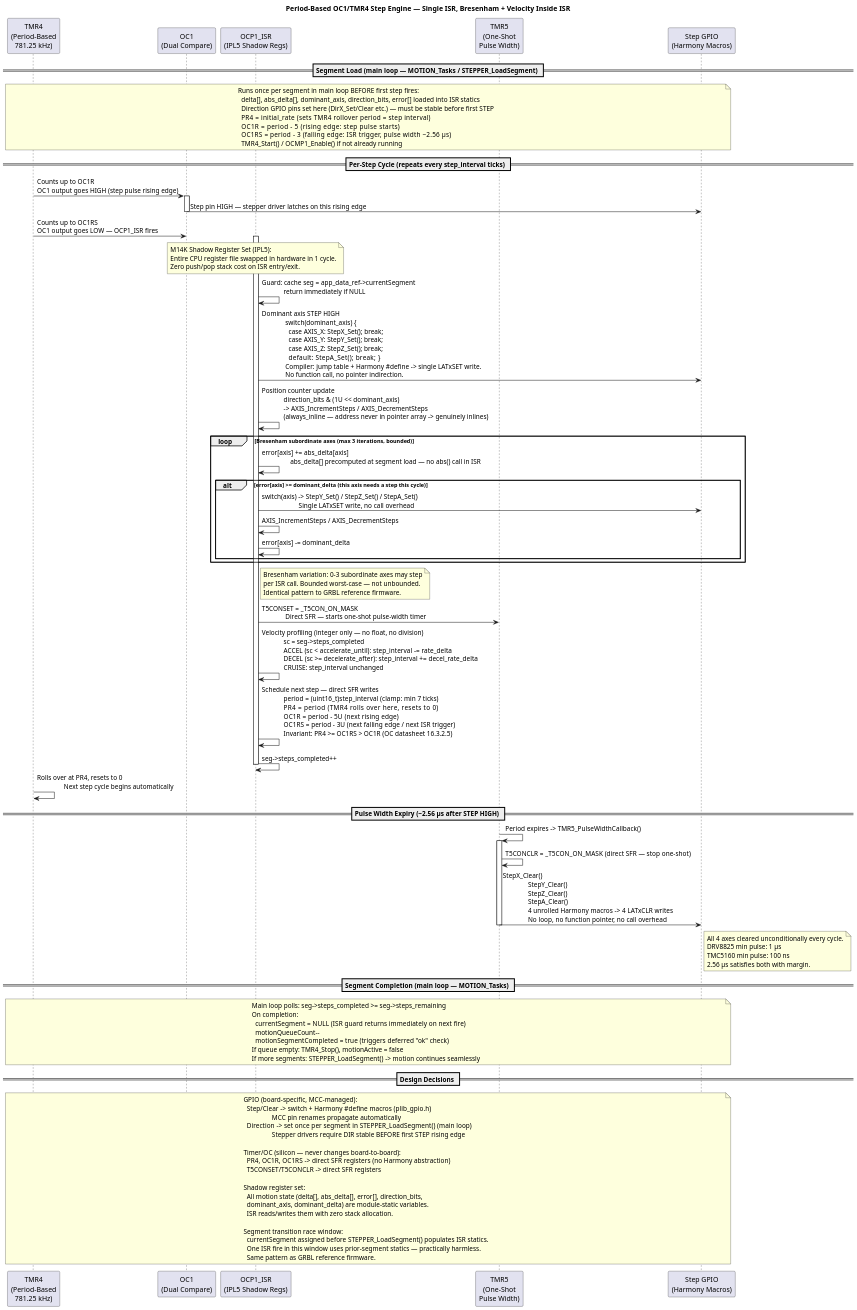
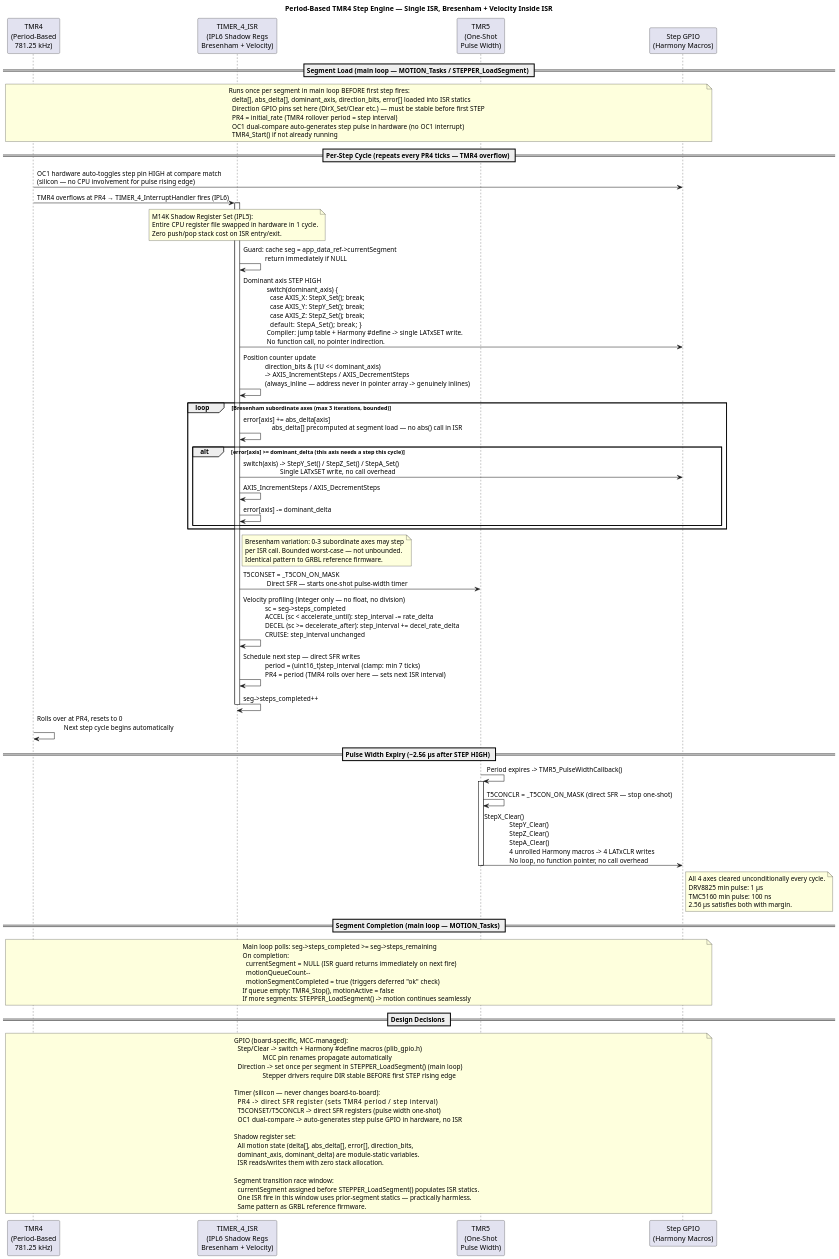
The diagram in docs/plantuml/02_segment_clock.puml (Davec6505/Pic32mzCNC_V3), drawn with PlantUML before and after one commit. The commit also changed 27 other files, not shown here.

First line of the commit message:
docs: replace all OCP1_ISR/OC1R/OC1RS refs with TIMER_4_ISR; probe INT1 ISR + MCC

```diff
--- a/docs/plantuml/02_segment_clock.puml
+++ b/docs/plantuml/02_segment_clock.puml
@@ -1,121 +1,118 @@
 @startuml
-title Period-Based OC1/TMR4 Step Engine — Single ISR, Bresenham + Velocity Inside ISR
-' Current architecture as of March 2026 (lookahead branch)
+title Period-Based TMR4 Step Engine — Single ISR, Bresenham + Velocity Inside ISR
+' Current architecture as of March 2026 (scurve_motion branch)
 ' GRBL-exact three-pass planner runs in main loop after each enqueue.
+' ISR is TIMER_4_InterruptHandler (TMR4 overflow, IPL6 shadow regs).
 ' ISR is pure integer: reads pre-computed rate fields, no float, no division.
+' OC1 hardware (dual-compare) auto-toggles step GPIO — no OC1 interrupt used.
 
 scale 1.5
 
 participant "TMR4\n(Period-Based\n781.25 kHz)" as TMR4
-participant "OC1\n(Dual Compare)" as OC1HW
-participant "OCP1_ISR\n(IPL5 Shadow Regs)" as ISR
+participant "TIMER_4_ISR\n(IPL6 Shadow Regs\nBresenham + Velocity)" as ISR
 participant "TMR5\n(One-Shot\nPulse Width)" as TMR5
 participant "Step GPIO\n(Harmony Macros)" as GPIO
 
 == Segment Load (main loop — MOTION_Tasks / STEPPER_LoadSegment) ==
 note over TMR4, GPIO
   Runs once per segment in main loop BEFORE first step fires:
     delta[], abs_delta[], dominant_axis, direction_bits, error[] loaded into ISR statics
     Direction GPIO pins set here (DirX_Set/Clear etc.) — must be stable before first STEP
-    PR4   = initial_rate      (sets TMR4 rollover period = step interval)
-    OC1R  = period - 5        (rising edge: step pulse starts)
-    OC1RS = period - 3        (falling edge: ISR trigger, pulse width ~2.56 µs)
-    TMR4_Start() / OCMP1_Enable() if not already running
+    PR4 = initial_rate  (TMR4 rollover period = step interval)
+    OC1 dual-compare auto-generates step pulse in hardware (no OC1 interrupt)
+    TMR4_Start() if not already running
 end note
 
-== Per-Step Cycle (repeats every step_interval ticks) ==
+== Per-Step Cycle (repeats every PR4 ticks — TMR4 overflow) ==
 
-TMR4 -> OC1HW : Counts up to OC1R\nOC1 output goes HIGH (step pulse rising edge)
-activate OC1HW
-OC1HW -> GPIO : Step pin HIGH — stepper driver latches on this rising edge
-deactivate OC1HW
-
-TMR4 -> OC1HW : Counts up to OC1RS\nOC1 output goes LOW — OCP1_ISR fires
+TMR4 -> GPIO : OC1 hardware auto-toggles step pin HIGH at compare match\n(silicon — no CPU involvement for pulse rising edge)
+TMR4 -> ISR : TMR4 overflows at PR4 → TIMER_4_InterruptHandler fires (IPL6)
 activate ISR
 note over ISR
   M14K Shadow Register Set (IPL5):
   Entire CPU register file swapped in hardware in 1 cycle.
   Zero push/pop stack cost on ISR entry/exit.
 end note
 
 ISR -> ISR : Guard: cache seg = app_data_ref->currentSegment\n             return immediately if NULL
 
 ISR -> GPIO : Dominant axis STEP HIGH\n              switch(dominant_axis) {\n                case AXIS_X: StepX_Set(); break;\n                case AXIS_Y: StepY_Set(); break;\n                case AXIS_Z: StepZ_Set(); break;\n                default:     StepA_Set(); break; }\n              Compiler: jump table + Harmony #define -> single LATxSET write.\n              No function call, no pointer indirection.
 
 ISR -> ISR : Position counter update\n             direction_bits & (1U << dominant_axis)\n             -> AXIS_IncrementSteps / AXIS_DecrementSteps\n             (always_inline — address never in pointer array -> genuinely inlines)
 
 loop Bresenham subordinate axes (max 3 iterations, bounded)
     ISR -> ISR : error[axis] += abs_delta[axis]\n                 abs_delta[] precomputed at segment load — no abs() call in ISR
     alt error[axis] >= dominant_delta (this axis needs a step this cycle)
         ISR -> GPIO : switch(axis) -> StepY_Set() / StepZ_Set() / StepA_Set()\n                      Single LATxSET write, no call overhead
         ISR -> ISR : AXIS_IncrementSteps / AXIS_DecrementSteps
         ISR -> ISR : error[axis] -= dominant_delta
     end
 end
 
 note right of ISR
   Bresenham variation: 0-3 subordinate axes may step
   per ISR call. Bounded worst-case — not unbounded.
   Identical pattern to GRBL reference firmware.
 end note
 
 ISR -> TMR5 : T5CONSET = _T5CON_ON_MASK\n              Direct SFR — starts one-shot pulse-width timer
 
 ISR -> ISR : Velocity profiling (integer only — no float, no division)\n             sc = seg->steps_completed\n             ACCEL  (sc < accelerate_until): step_interval -= rate_delta\n             DECEL  (sc >= decelerate_after): step_interval += decel_rate_delta\n             CRUISE: step_interval unchanged
 
-ISR -> ISR : Schedule next step — direct SFR writes\n             period = (uint16_t)step_interval  (clamp: min 7 ticks)\n             PR4   = period       (TMR4 rolls over here, resets to 0)\n             OC1R  = period - 5U  (next rising edge)\n             OC1RS = period - 3U  (next falling edge / next ISR trigger)\n             Invariant: PR4 >= OC1RS > OC1R (OC datasheet 16.3.2.5)
+ISR -> ISR : Schedule next step — direct SFR writes\n             period = (uint16_t)step_interval  (clamp: min 7 ticks)\n             PR4 = period  (TMR4 rolls over here — sets next ISR interval)
 
 ISR -> ISR : seg->steps_completed++
 deactivate ISR
 
 TMR4 -> TMR4 : Rolls over at PR4, resets to 0\n                Next step cycle begins automatically
 
 == Pulse Width Expiry (~2.56 µs after STEP HIGH) ==
 
 TMR5 -> TMR5 : Period expires -> TMR5_PulseWidthCallback()
 activate TMR5
 TMR5 -> TMR5 : T5CONCLR = _T5CON_ON_MASK  (direct SFR — stop one-shot)
 TMR5 -> GPIO : StepX_Clear()\n               StepY_Clear()\n               StepZ_Clear()\n               StepA_Clear()\n               4 unrolled Harmony macros -> 4 LATxCLR writes\n               No loop, no function pointer, no call overhead
 note right of GPIO
   All 4 axes cleared unconditionally every cycle.
   DRV8825 min pulse: 1 µs
   TMC5160 min pulse: 100 ns
   2.56 µs satisfies both with margin.
 end note
 deactivate TMR5
 
 == Segment Completion (main loop — MOTION_Tasks) ==
 note over TMR4, GPIO
   Main loop polls: seg->steps_completed >= seg->steps_remaining
   On completion:
     currentSegment = NULL   (ISR guard returns immediately on next fire)
     motionQueueCount--
     motionSegmentCompleted = true  (triggers deferred "ok" check)
   If queue empty: TMR4_Stop(), motionActive = false
   If more segments: STEPPER_LoadSegment() -> motion continues seamlessly
 end note
 
 == Design Decisions ==
 note over TMR4, GPIO
   GPIO (board-specific, MCC-managed):
     Step/Clear  -> switch + Harmony #define macros (plib_gpio.h)
                    MCC pin renames propagate automatically
     Direction   -> set once per segment in STEPPER_LoadSegment() (main loop)
                    Stepper drivers require DIR stable BEFORE first STEP rising edge
 
-  Timer/OC (silicon — never changes board-to-board):
-    PR4, OC1R, OC1RS  -> direct SFR registers (no Harmony abstraction)
-    T5CONSET/T5CONCLR -> direct SFR registers
+  Timer (silicon — never changes board-to-board):
+    PR4               -> direct SFR register (sets TMR4 period / step interval)
+    T5CONSET/T5CONCLR -> direct SFR registers (pulse width one-shot)
+    OC1 dual-compare  -> auto-generates step pulse GPIO in hardware, no ISR
 
   Shadow register set:
     All motion state (delta[], abs_delta[], error[], direction_bits,
     dominant_axis, dominant_delta) are module-static variables.
     ISR reads/writes them with zero stack allocation.
 
   Segment transition race window:
     currentSegment assigned before STEPPER_LoadSegment() populates ISR statics.
     One ISR fire in this window uses prior-segment statics — practically harmless.
     Same pattern as GRBL reference firmware.
 end note
 
 @enduml
```
